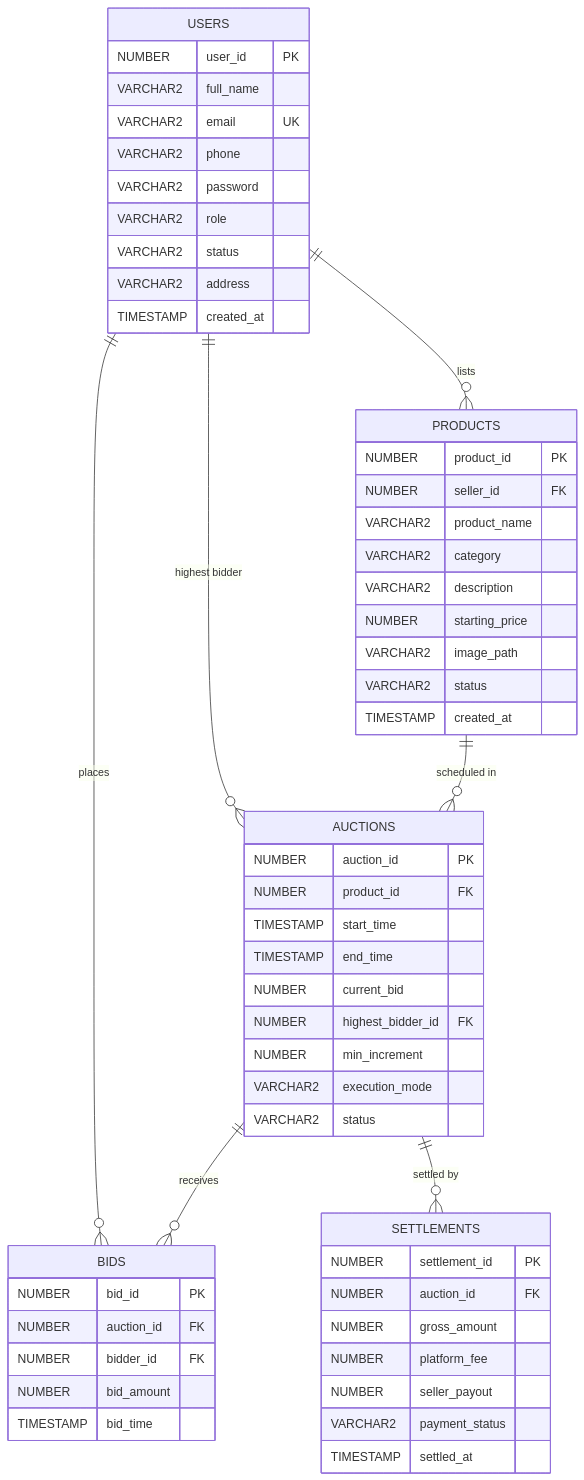
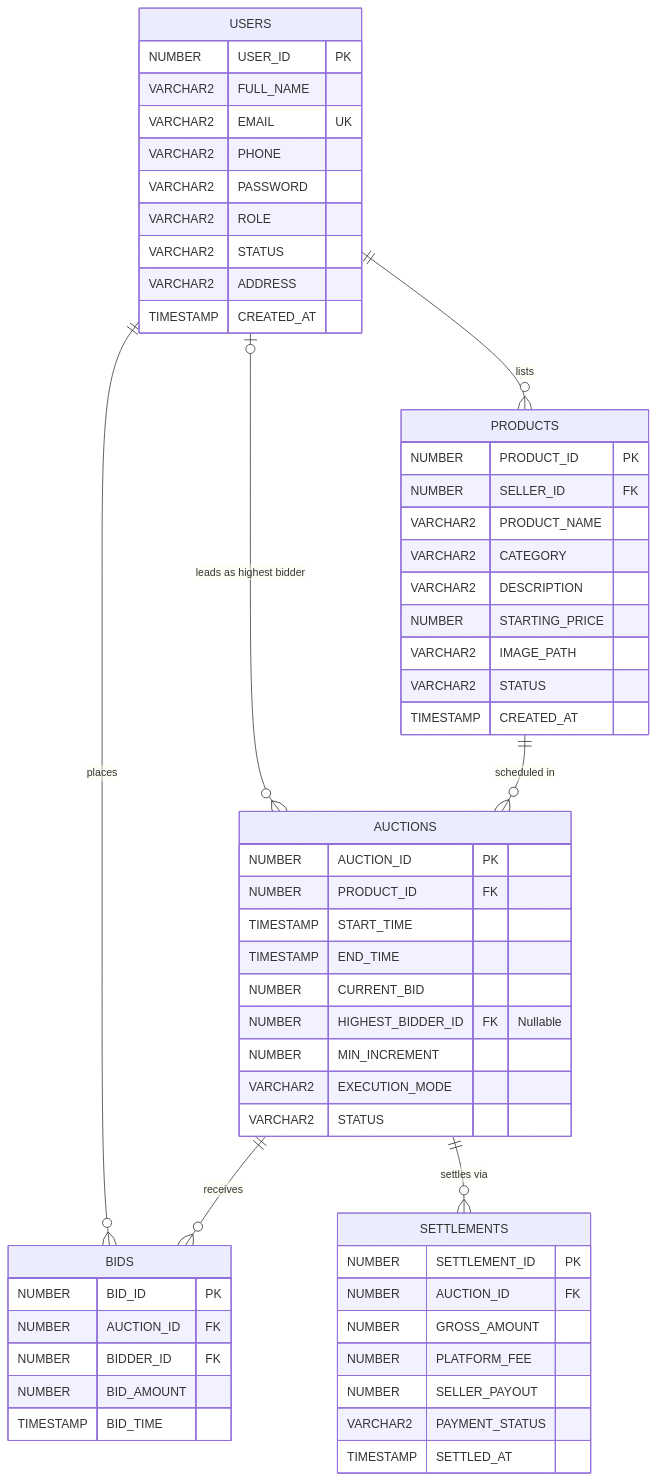
One commit to Md-Hanzala/E-Auction changed the second of 2 diagrams in README.md. Above: the diagram before and after it, drawn with Mermaid. The commit also changed other lines of this file, not shown here.

Commit message:
docs: add database ER diagram to README

````diff
--- a/README.md
+++ b/README.md
@@ -178,63 +178,63 @@
 ```mermaid
 erDiagram
     USERS ||--o{ PRODUCTS : "lists"
-    USERS ||--o{ AUCTIONS : "highest bidder"
+    PRODUCTS ||--o{ AUCTIONS : "scheduled in"
+    USERS |o--o{ AUCTIONS : "leads as highest bidder"
+    AUCTIONS ||--o{ BIDS : "receives"
     USERS ||--o{ BIDS : "places"
-    PRODUCTS ||--o{ AUCTIONS : "scheduled in"
-    AUCTIONS ||--o{ BIDS : "receives"
-    AUCTIONS ||--o{ SETTLEMENTS : "settled by"
+    AUCTIONS ||--o{ SETTLEMENTS : "settles via"
 
     USERS {
-        NUMBER user_id PK
-        VARCHAR2 full_name
-        VARCHAR2 email UK
-        VARCHAR2 phone
-        VARCHAR2 password
-        VARCHAR2 role
-        VARCHAR2 status
-        VARCHAR2 address
-        TIMESTAMP created_at
+        NUMBER USER_ID PK
+        VARCHAR2 FULL_NAME
+        VARCHAR2 EMAIL UK
+        VARCHAR2 PHONE
+        VARCHAR2 PASSWORD
+        VARCHAR2 ROLE
+        VARCHAR2 STATUS
+        VARCHAR2 ADDRESS
+        TIMESTAMP CREATED_AT
     }
 
     PRODUCTS {
-        NUMBER product_id PK
-        NUMBER seller_id FK
-        VARCHAR2 product_name
-        VARCHAR2 category
-        VARCHAR2 description
-        NUMBER starting_price
-        VARCHAR2 image_path
-        VARCHAR2 status
-        TIMESTAMP created_at
+        NUMBER PRODUCT_ID PK
+        NUMBER SELLER_ID FK
+        VARCHAR2 PRODUCT_NAME
+        VARCHAR2 CATEGORY
+        VARCHAR2 DESCRIPTION
+        NUMBER STARTING_PRICE
+        VARCHAR2 IMAGE_PATH
+        VARCHAR2 STATUS
+        TIMESTAMP CREATED_AT
     }
 
     AUCTIONS {
-        NUMBER auction_id PK
-        NUMBER product_id FK
-        TIMESTAMP start_time
-        TIMESTAMP end_time
-        NUMBER current_bid
-        NUMBER highest_bidder_id FK
-        NUMBER min_increment
-        VARCHAR2 execution_mode
-        VARCHAR2 status
+        NUMBER AUCTION_ID PK
+        NUMBER PRODUCT_ID FK
+        TIMESTAMP START_TIME
+        TIMESTAMP END_TIME
+        NUMBER CURRENT_BID
+        NUMBER HIGHEST_BIDDER_ID FK "Nullable"
+        NUMBER MIN_INCREMENT
+        VARCHAR2 EXECUTION_MODE
+        VARCHAR2 STATUS
     }
 
     BIDS {
-        NUMBER bid_id PK
-        NUMBER auction_id FK
-        NUMBER bidder_id FK
-        NUMBER bid_amount
-        TIMESTAMP bid_time
+        NUMBER BID_ID PK
+        NUMBER AUCTION_ID FK
+        NUMBER BIDDER_ID FK
+        NUMBER BID_AMOUNT
+        TIMESTAMP BID_TIME
     }
 
     SETTLEMENTS {
-        NUMBER settlement_id PK
-        NUMBER auction_id FK
-        NUMBER gross_amount
-        NUMBER platform_fee
-        NUMBER seller_payout
-        VARCHAR2 payment_status
-        TIMESTAMP settled_at
+        NUMBER SETTLEMENT_ID PK
+        NUMBER AUCTION_ID FK
+        NUMBER GROSS_AMOUNT
+        NUMBER PLATFORM_FEE
+        NUMBER SELLER_PAYOUT
+        VARCHAR2 PAYMENT_STATUS
+        TIMESTAMP SETTLED_AT
     }
 ```
````
